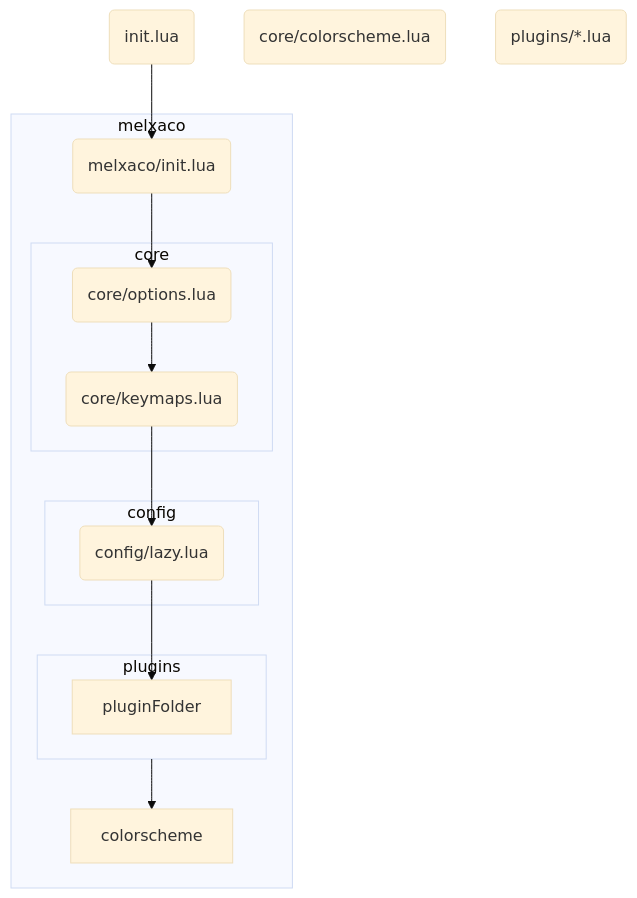
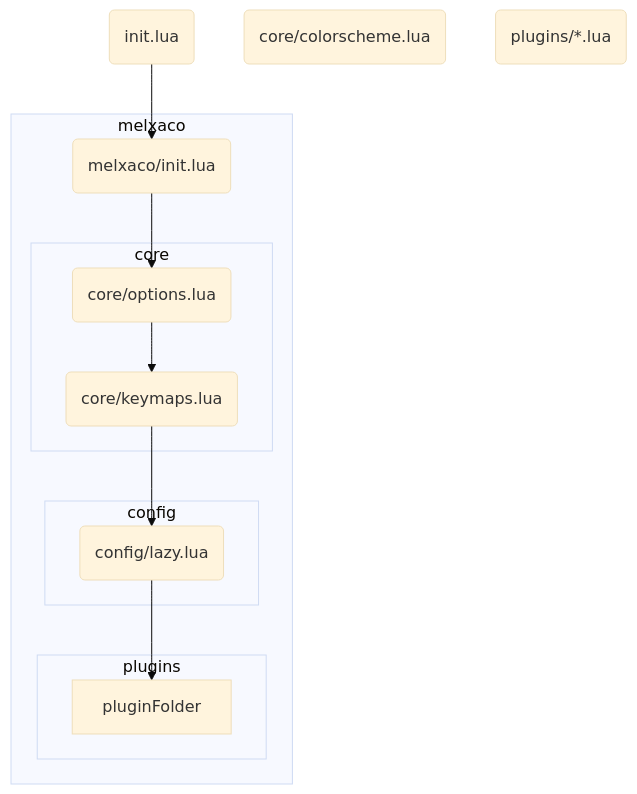
The diagram in .config/nvim/README.md (stijnme/dotfiles), drawn with Mermaid (base theme) before and after one commit. The commit also changed 2 other files, not shown here.

Commit message:
chore: updated flow and cleanup

````diff
--- a/.config/nvim/README.md
+++ b/.config/nvim/README.md
@@ -6,28 +6,27 @@
 ```mermaid
 
 flowchart TD
   rootInit(init.lua)
   rootMelxaco(melxaco/init.lua)
   configLazy(config/lazy.lua)
   coreColor(core/colorscheme.lua)
   coreKeymap(core/keymaps.lua)
   coreOption(core/options.lua)
   pluginDir(plugins/*.lua)
 
   rootInit --> rootMelxaco
 
   subgraph melxaco
     rootMelxaco --> coreOption
     subgraph core
       coreOption --> coreKeymap
     end
     subgraph config
       coreKeymap --> configLazy
     end
     subgraph plugins
       configLazy --> pluginFolder
     end
-    plugins --> colorscheme
   end
 
 ``` 
````
